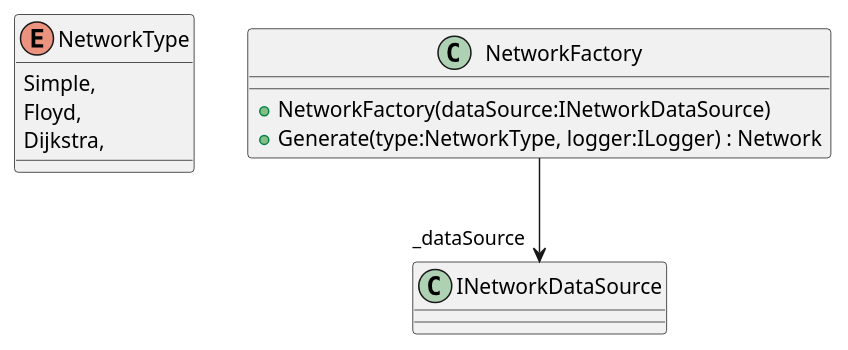
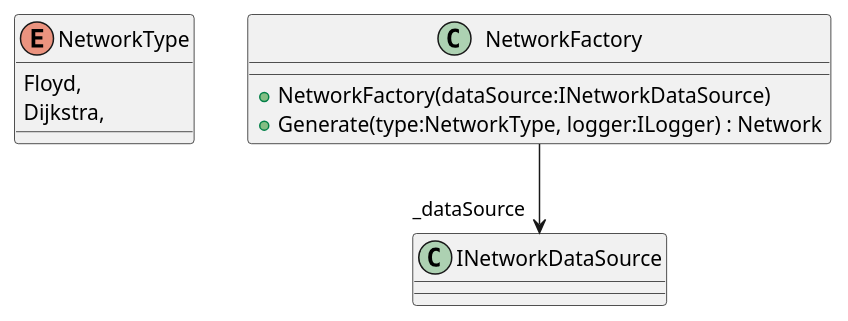
One commit to Liftyee/london-tube-navigator changed the diagram in TubeChallengeRouter/puml/TransportNetwork/NetworkFactory.puml. Above: the diagram before and after it, drawn with PlantUML. The commit also changed 19 other files, not shown here.

```diff
--- a/TubeChallengeRouter/puml/TransportNetwork/NetworkFactory.puml
+++ b/TubeChallengeRouter/puml/TransportNetwork/NetworkFactory.puml
@@ -1,12 +1,11 @@
 @startuml
 enum NetworkType {
-    Simple,
     Floyd,
     Dijkstra,
 }
 class NetworkFactory {
     + NetworkFactory(dataSource:INetworkDataSource)
     + Generate(type:NetworkType, logger:ILogger) : Network
 }
 NetworkFactory --> "_dataSource" INetworkDataSource
 @enduml
```
